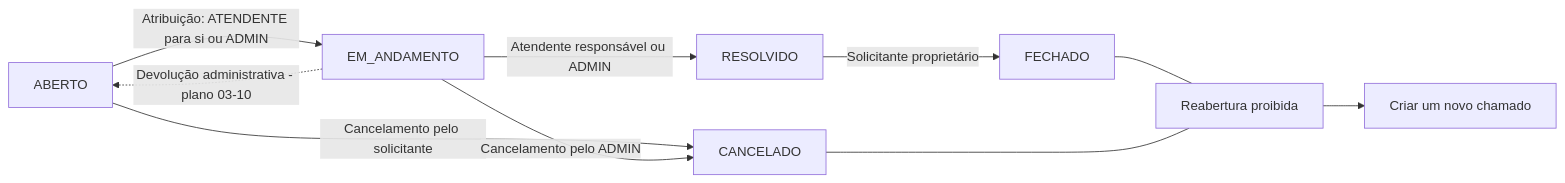
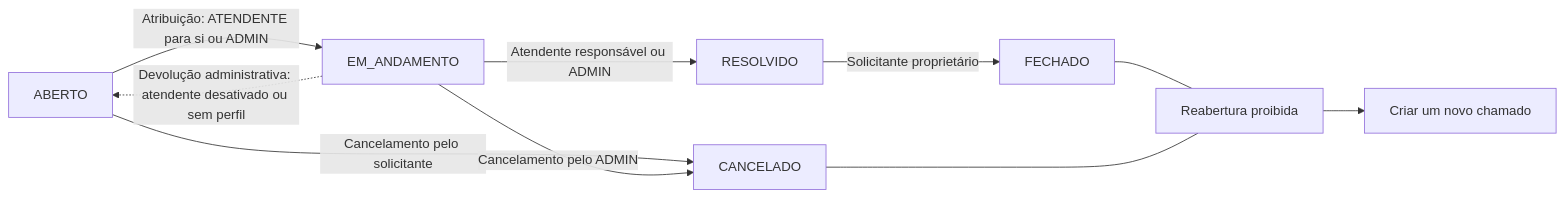
The diagram in README.md (Morais-Felipe/SolveIT), drawn with Mermaid before and after one commit. The commit also changed other lines of this file and 4 other files, not shown here.

````diff
--- a/README.md
+++ b/README.md
@@ -121,12 +122,12 @@
 ```mermaid
 flowchart LR
     A[ABERTO] -->|Atribuição: ATENDENTE para si ou ADMIN| E[EM_ANDAMENTO]
     E -->|Atendente responsável ou ADMIN| R[RESOLVIDO]
     R -->|Solicitante proprietário| F[FECHADO]
     A -->|Cancelamento pelo solicitante| C[CANCELADO]
     E -->|Cancelamento pelo ADMIN| C
-    E -.->|Devolução administrativa - plano 03-10| A
+    E -.->|Devolução administrativa: atendente desativado ou sem perfil| A
     F --- X[Reabertura proibida]
     C --- X
     X --> N[Criar um novo chamado]
 ```
````
